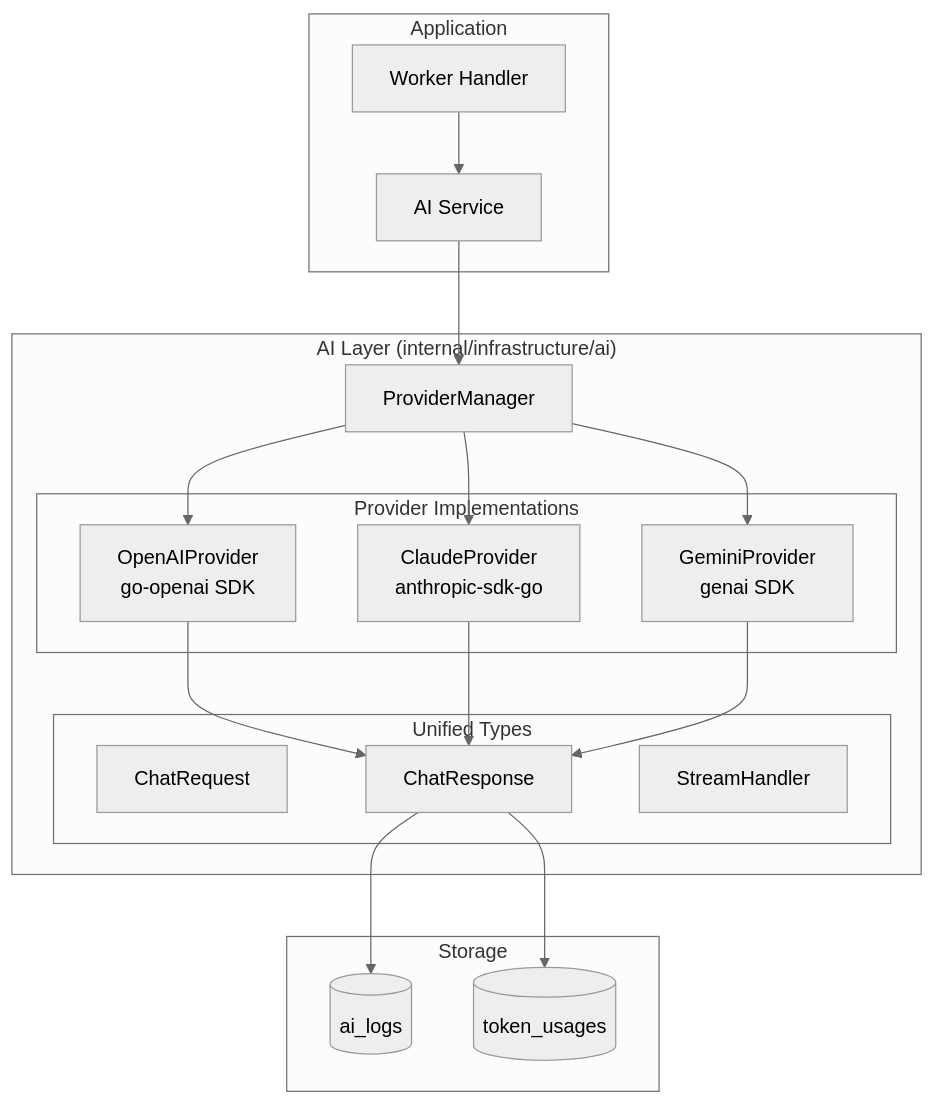
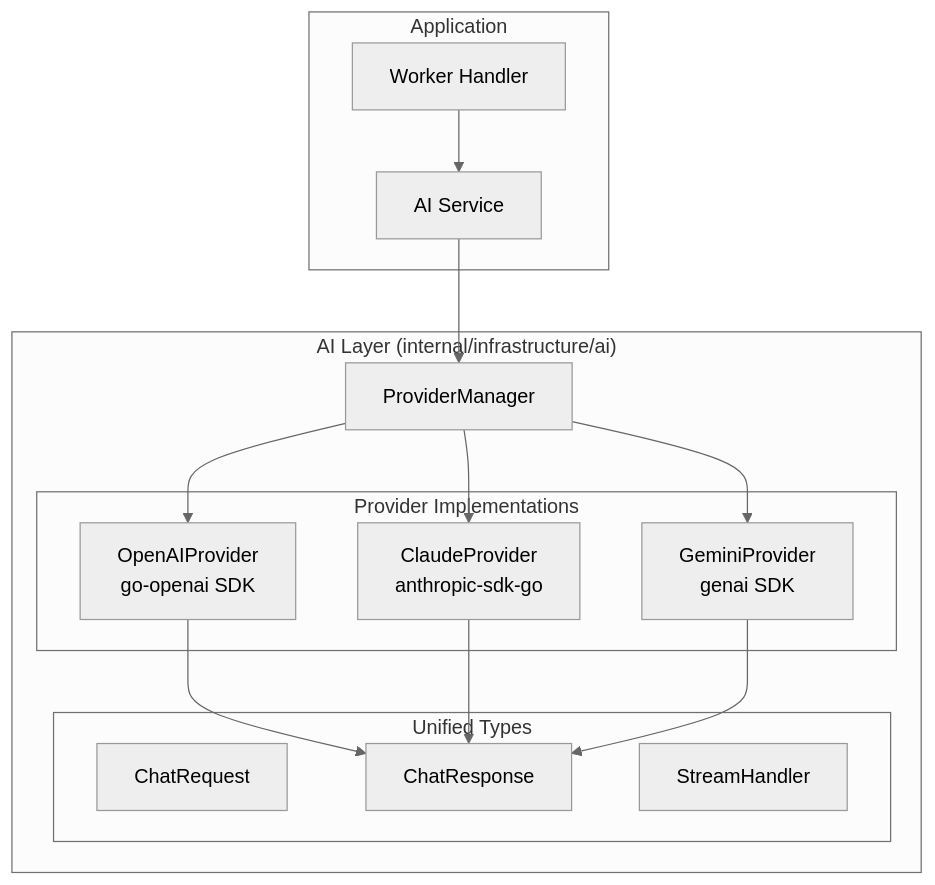
The diagram in docs/development/phases/phase-10-ai.md (coldzero94/mindhit), drawn with Mermaid (neutral theme) before and after one commit. The commit also changed other lines of this file and 3 other files, not shown here.

````diff
--- a/docs/development/phases/phase-10-ai.md
+++ b/docs/development/phases/phase-10-ai.md
@@ -27,41 +26,33 @@
 ```mermaid
 flowchart TB
     subgraph Application
         Handler[Worker Handler]
         Service[AI Service]
     end
 
     subgraph AI_Layer["AI Layer (internal/infrastructure/ai)"]
         Manager[ProviderManager]
 
         subgraph Providers["Provider Implementations"]
             OpenAI[OpenAIProvider<br/>go-openai SDK]
             Claude[ClaudeProvider<br/>anthropic-sdk-go]
             Gemini[GeminiProvider<br/>genai SDK]
         end
 
         subgraph Types["Unified Types"]
             Request[ChatRequest]
             Response[ChatResponse]
             Stream[StreamHandler]
         end
     end
 
-    subgraph Storage
-        AILog[(ai_logs)]
-        Usage[(token_usages)]
-    end
-
     Handler --> Service
     Service --> Manager
     Manager --> OpenAI
     Manager --> Claude
     Manager --> Gemini
 
     OpenAI --> Response
     Claude --> Response
     Gemini --> Response
-
-    Response --> AILog
-    Response --> Usage
 ```
````
